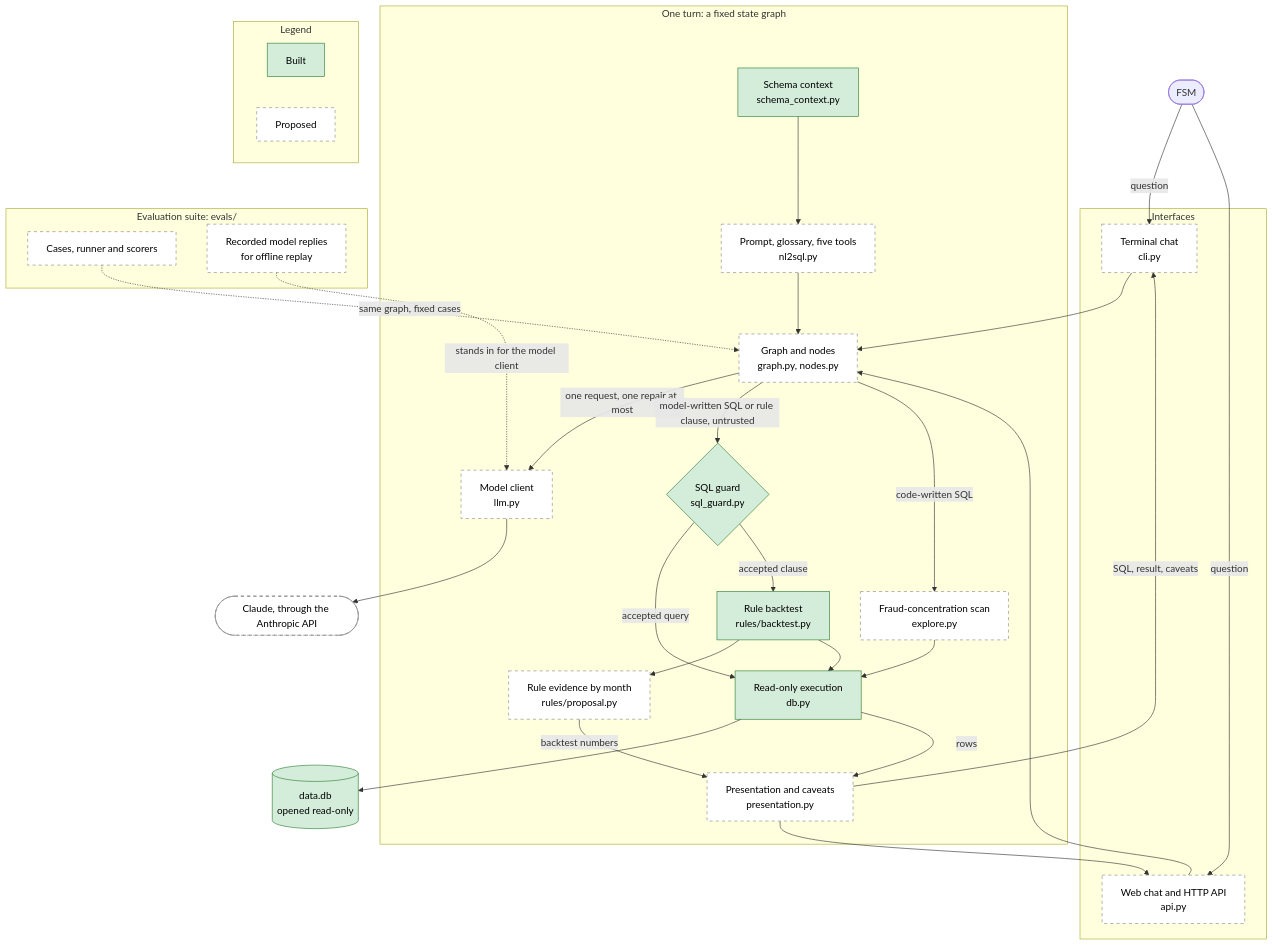
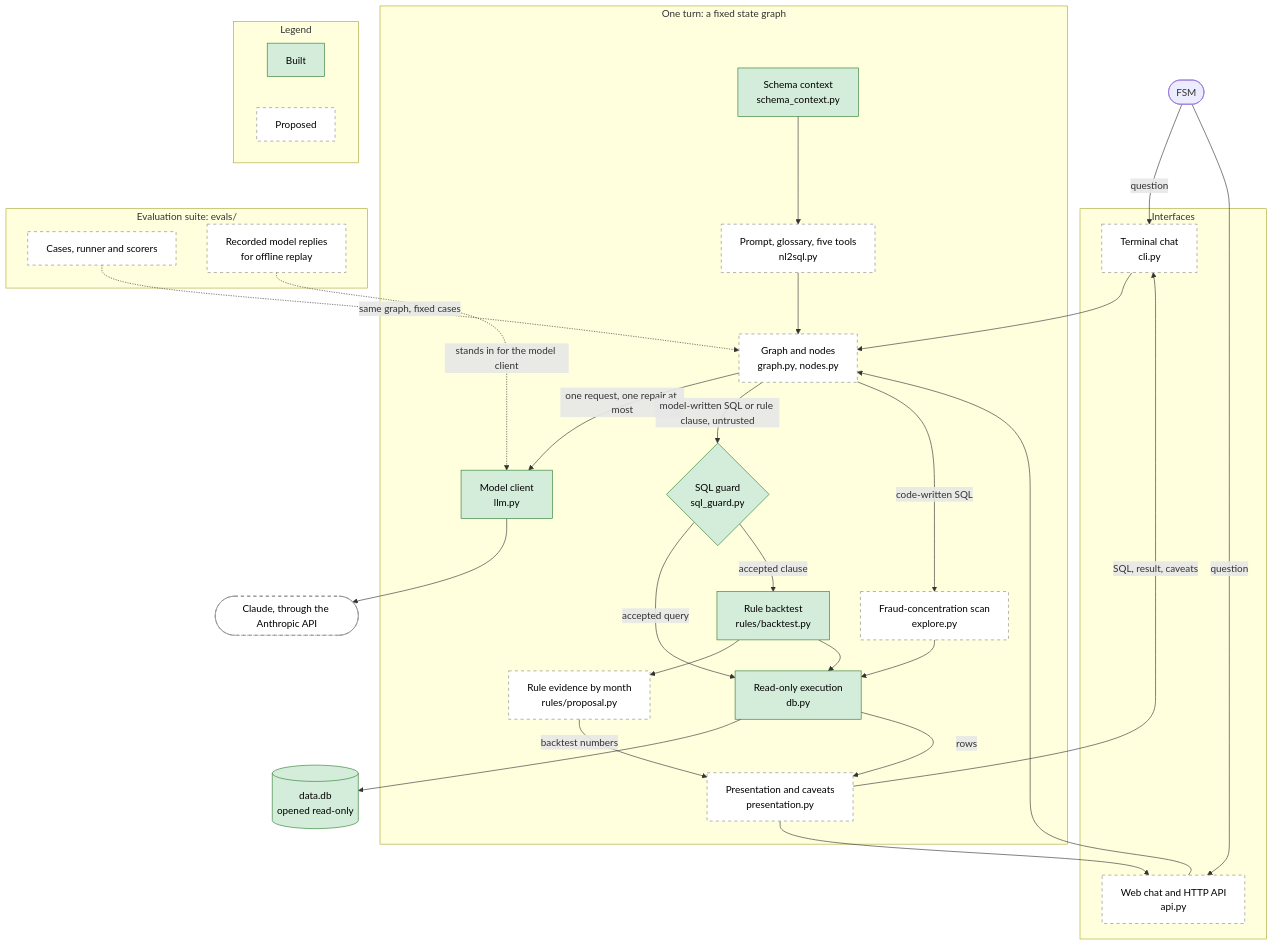
One commit to eliandrog/fsm-assistant-challenge changed the first of 2 diagrams in docs/ARCHITECTURE.md. Above: the diagram before and after it, drawn with Mermaid. The commit also changed other lines of this file and 47 other files, not shown here.

Commit message:
Add the Claude model layer with record and replay

````diff
--- a/docs/ARCHITECTURE.md
+++ b/docs/ARCHITECTURE.md
@@ -37,63 +37,63 @@
 ```mermaid
 flowchart TD
     FSM(["FSM"])
 
     subgraph IF["Interfaces"]
         CLI["Terminal chat<br/>cli.py"]
         WEB["Web chat and HTTP API<br/>api.py"]
     end
 
     subgraph TURN["One turn: a fixed state graph"]
         GRAPH["Graph and nodes<br/>graph.py, nodes.py"]
         PROMPT["Prompt, glossary, five tools<br/>nl2sql.py"]
         SCHEMA["Schema context<br/>schema_context.py"]
         MODEL["Model client<br/>llm.py"]
         GUARD{"SQL guard<br/>sql_guard.py"}
         EXEC["Read-only execution<br/>db.py"]
         BT["Rule backtest<br/>rules/backtest.py"]
         PROP["Rule evidence by month<br/>rules/proposal.py"]
         SCAN["Fraud-concentration scan<br/>explore.py"]
         PRES["Presentation and caveats<br/>presentation.py"]
     end
 
     CLAUDE(["Claude, through the Anthropic API"])
     DB[("data.db<br/>opened read-only")]
 
     subgraph EV["Evaluation suite: evals/"]
         CASES["Cases, runner and scorers"]
         REC["Recorded model replies<br/>for offline replay"]
     end
 
     FSM -->|"question"| CLI
     FSM -->|"question"| WEB
     CLI --> GRAPH
     WEB --> GRAPH
     SCHEMA --> PROMPT
     PROMPT --> GRAPH
     GRAPH -->|"one request, one repair at most"| MODEL
     MODEL --> CLAUDE
     GRAPH -->|"model-written SQL or rule clause, untrusted"| GUARD
     GUARD -->|"accepted query"| EXEC
     GUARD -->|"accepted clause"| BT
     BT --> PROP
     BT --> EXEC
     GRAPH -->|"code-written SQL"| SCAN
     SCAN --> EXEC
     EXEC --> DB
     EXEC -->|"rows"| PRES
     PROP -->|"backtest numbers"| PRES
     PRES -->|"SQL, result, caveats"| CLI
     PRES --> WEB
     CASES -.->|"same graph, fixed cases"| GRAPH
     REC -.->|"stands in for the model client"| MODEL
 
     subgraph LEGEND["Legend"]
         L1["Built"]
         L2["Proposed"]
     end
 
     classDef built fill:#d4edda,stroke:#2e7d32,color:#000
     classDef proposed fill:#ffffff,stroke:#888888,stroke-dasharray: 5 5,color:#000
-    class SCHEMA,EXEC,BT,GUARD,DB,L1 built
-    class CLI,WEB,GRAPH,PROMPT,MODEL,PROP,SCAN,PRES,CASES,REC,CLAUDE,L2 proposed
+    class SCHEMA,EXEC,BT,GUARD,DB,MODEL,L1 built
+    class CLI,WEB,GRAPH,PROMPT,PROP,SCAN,PRES,CASES,REC,CLAUDE,L2 proposed
 ```
````
